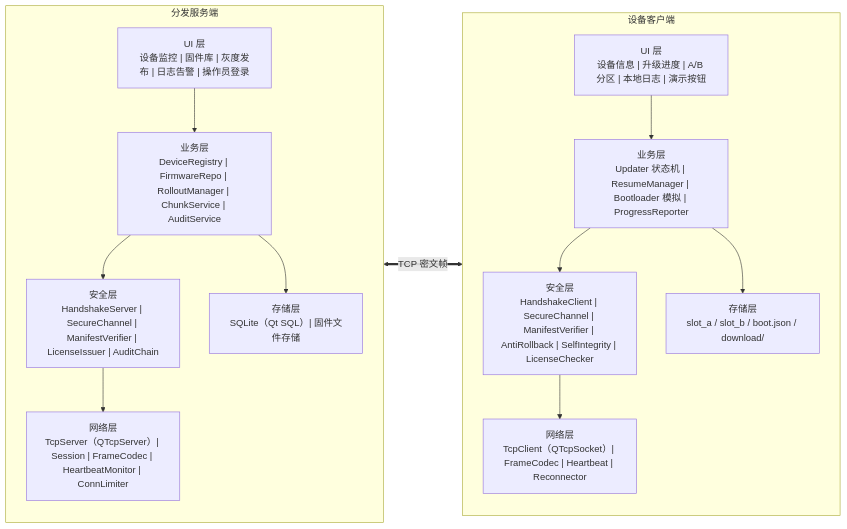
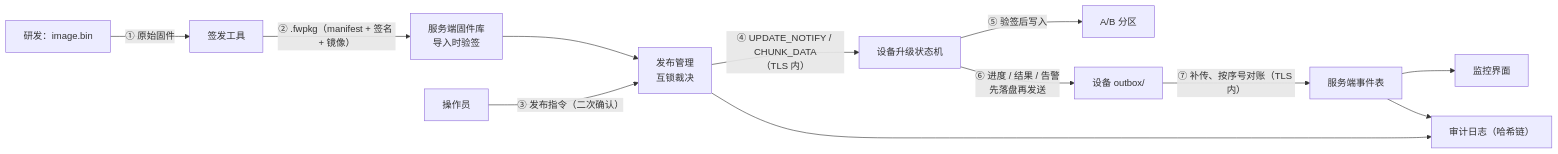
One commit to ahu-iii/firmware-distribution-system changed the second of 11 diagrams in docs/系统设计说明书.md. Above: the diagram before and after it, drawn with Mermaid. The commit also changed other lines of this file and 54 other files, not shown here.

````diff
--- a/docs/系统设计说明书.md
+++ b/docs/系统设计说明书.md
@@ -183,24 +103,14 @@
 ```mermaid
 flowchart LR
-    subgraph Server["分发服务端"]
-        direction TB
-        SUI["UI 层<br/>设备监控 | 固件库 | 灰度发布 | 日志告警 | 操作员登录"]
-        SBIZ["业务层<br/>DeviceRegistry | FirmwareRepo | RolloutManager | ChunkService | AuditService"]
-        SSEC["安全层<br/>HandshakeServer | SecureChannel | ManifestVerifier | LicenseIssuer | AuditChain"]
-        SNET["网络层<br/>TcpServer（QTcpServer）| Session | FrameCodec | HeartbeatMonitor | ConnLimiter"]
-        SSTO["存储层<br/>SQLite（Qt SQL）| 固件文件存储"]
-        SUI --> SBIZ --> SSEC --> SNET
-        SBIZ --> SSTO
-    end
-    subgraph Client["设备客户端"]
-        direction TB
-        CUI["UI 层<br/>设备信息 | 升级进度 | A/B 分区 | 本地日志 | 演示按钮"]
-        CBIZ["业务层<br/>Updater 状态机 | ResumeManager | Bootloader 模拟 | ProgressReporter"]
-        CSEC["安全层<br/>HandshakeClient | SecureChannel | ManifestVerifier | AntiRollback | SelfIntegrity | LicenseChecker"]
-        CNET["网络层<br/>TcpClient（QTcpSocket）| FrameCodec | Heartbeat | Reconnector"]
-        CSTO["存储层<br/>slot_a / slot_b / boot.json / download/"]
-        CUI --> CBIZ --> CSEC --> CNET
-        CBIZ --> CSTO
-    end
-    Server <==>|"TCP 密文帧"| Client
+    Dev["研发：image.bin"] -->|① 原始固件| Signer["签发工具"]
+    Signer -->|"② .fwpkg（manifest + 签名 + 镜像）"| Repo["服务端固件库<br/>导入时验签"]
+    Op["操作员"] -->|"③ 发布指令（二次确认）"| Rollout["发布管理<br/>互锁裁决"]
+    Repo --> Rollout
+    Rollout -->|"④ UPDATE_NOTIFY / CHUNK_DATA<br/>（TLS 内）"| Updater["设备升级状态机"]
+    Updater -->|⑤ 验签后写入| Slot["A/B 分区"]
+    Updater -->|"⑥ 进度 / 结果 / 告警<br/>先落盘再发送"| Outbox["设备 outbox/"]
+    Outbox -->|"⑦ 补传、按序号对账（TLS 内）"| Events["服务端事件表"]
+    Events --> UI["监控界面"]
+    Rollout --> Audit["审计日志（哈希链）"]
+    Events --> Audit
 ```
````
